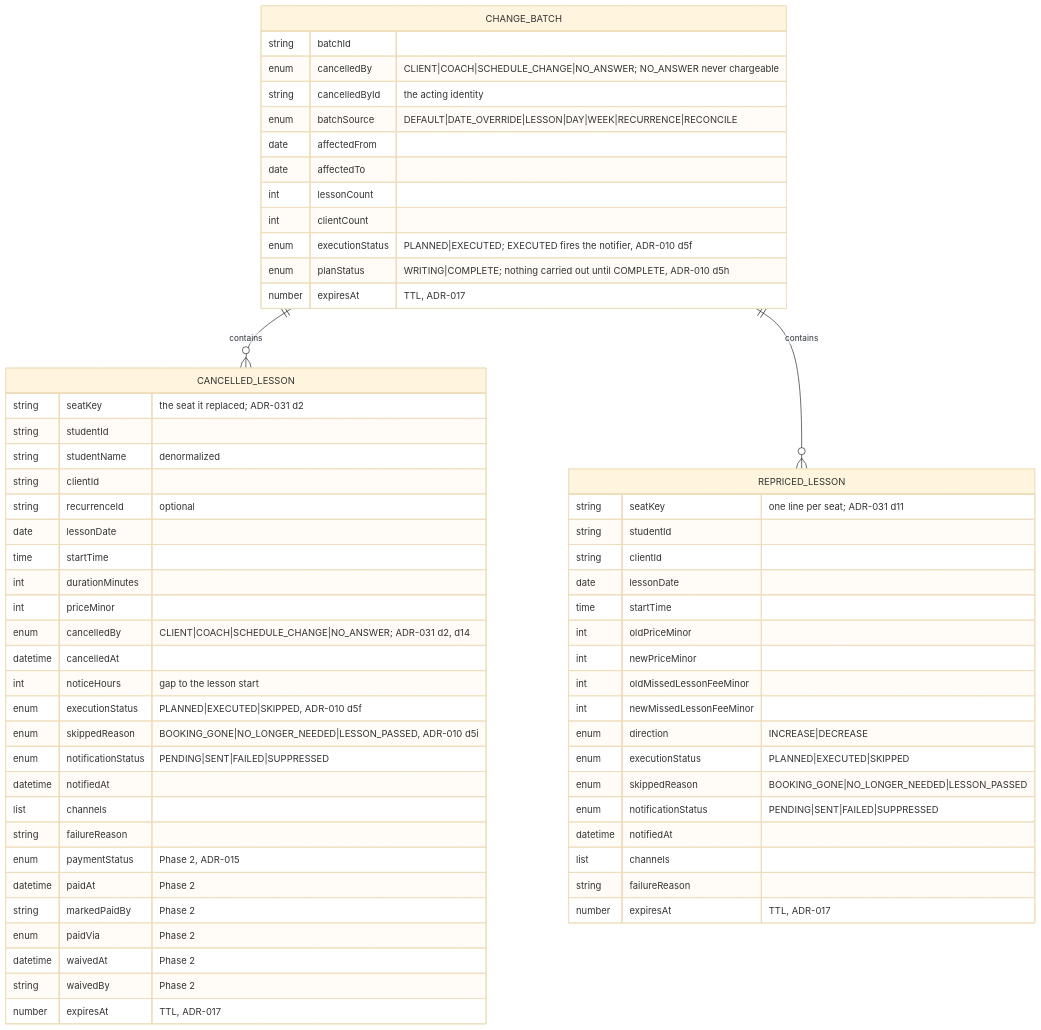
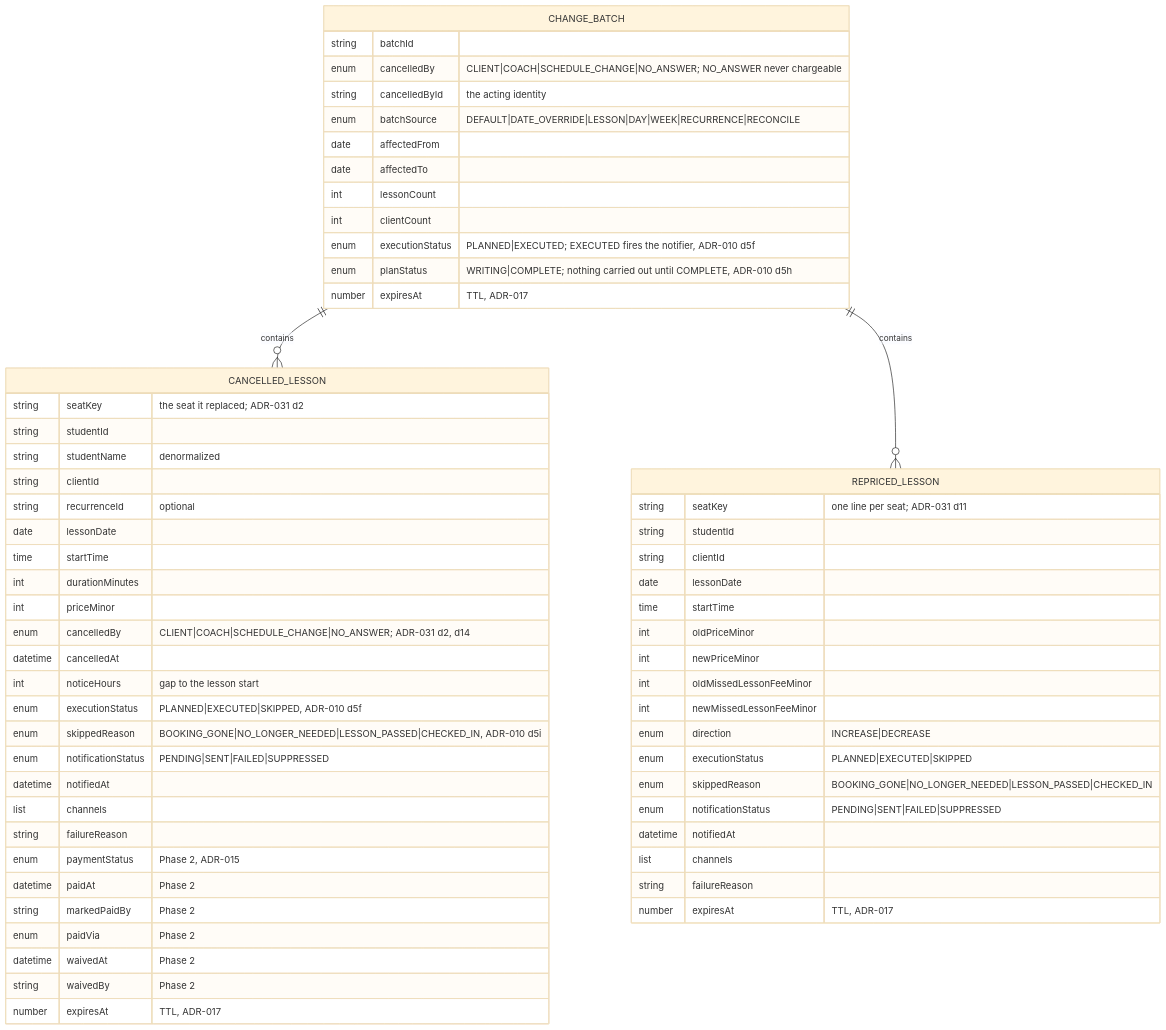
One commit to jessicamvega6/bladebook changed the seventh of 31 diagrams in docs/architecture.md. Above: the diagram before and after it, drawn with Mermaid (base theme). The commit also changed 13 other files, not shown here.

First line of the commit message:
Schedule changes: lessons kept because someone is checked in get their own reason, CHECKED_IN

````diff
--- a/docs/architecture.md
+++ b/docs/architecture.md
@@ -479,65 +479,65 @@
 ```mermaid
 erDiagram
     CHANGE_BATCH ||--o{ CANCELLED_LESSON : contains
     CHANGE_BATCH ||--o{ REPRICED_LESSON : contains
 
     CHANGE_BATCH {
         string batchId
         enum   cancelledBy "CLIENT|COACH|SCHEDULE_CHANGE|NO_ANSWER; NO_ANSWER never chargeable"
         string cancelledById "the acting identity"
         enum   batchSource "DEFAULT|DATE_OVERRIDE|LESSON|DAY|WEEK|RECURRENCE|RECONCILE"
         date   affectedFrom
         date   affectedTo
         int    lessonCount
         int    clientCount
         enum   executionStatus "PLANNED|EXECUTED; EXECUTED fires the notifier, ADR-010 d5f"
         enum   planStatus "WRITING|COMPLETE; nothing carried out until COMPLETE, ADR-010 d5h"
         number expiresAt "TTL, ADR-017"
     }
     CANCELLED_LESSON {
         string seatKey "the seat it replaced; ADR-031 d2"
         string studentId
         string studentName "denormalized"
         string clientId
         string recurrenceId "optional"
         date   lessonDate
         time   startTime
         int    durationMinutes
         int    priceMinor
         enum   cancelledBy "CLIENT|COACH|SCHEDULE_CHANGE|NO_ANSWER; ADR-031 d2, d14"
         datetime cancelledAt
         int    noticeHours "gap to the lesson start"
         enum   executionStatus "PLANNED|EXECUTED|SKIPPED, ADR-010 d5f"
-        enum   skippedReason "BOOKING_GONE|NO_LONGER_NEEDED|LESSON_PASSED, ADR-010 d5i"
+        enum   skippedReason "BOOKING_GONE|NO_LONGER_NEEDED|LESSON_PASSED|CHECKED_IN, ADR-010 d5i"
         enum   notificationStatus "PENDING|SENT|FAILED|SUPPRESSED"
         datetime notifiedAt
         list   channels
         string failureReason
         enum   paymentStatus "Phase 2, ADR-015"
         datetime paidAt "Phase 2"
         string markedPaidBy "Phase 2"
         enum   paidVia "Phase 2"
         datetime waivedAt "Phase 2"
         string waivedBy "Phase 2"
         number expiresAt "TTL, ADR-017"
     }
     REPRICED_LESSON {
         string seatKey "one line per seat; ADR-031 d11"
         string studentId
         string clientId
         date   lessonDate
         time   startTime
         int    oldPriceMinor
         int    newPriceMinor
         int    oldMissedLessonFeeMinor
         int    newMissedLessonFeeMinor
         enum   direction "INCREASE|DECREASE"
         enum   executionStatus "PLANNED|EXECUTED|SKIPPED"
-        enum   skippedReason "BOOKING_GONE|NO_LONGER_NEEDED|LESSON_PASSED"
+        enum   skippedReason "BOOKING_GONE|NO_LONGER_NEEDED|LESSON_PASSED|CHECKED_IN"
         enum   notificationStatus "PENDING|SENT|FAILED|SUPPRESSED"
         datetime notifiedAt
         list   channels
         string failureReason
         number expiresAt "TTL, ADR-017"
     }
 ```
````
